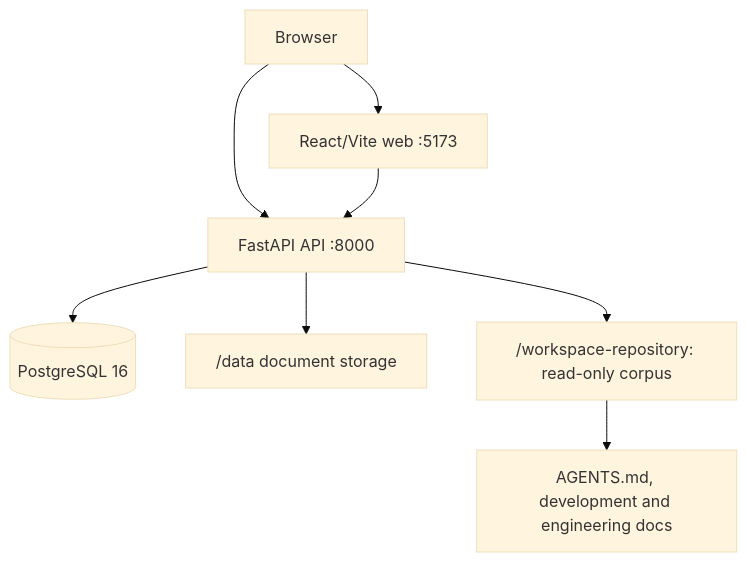
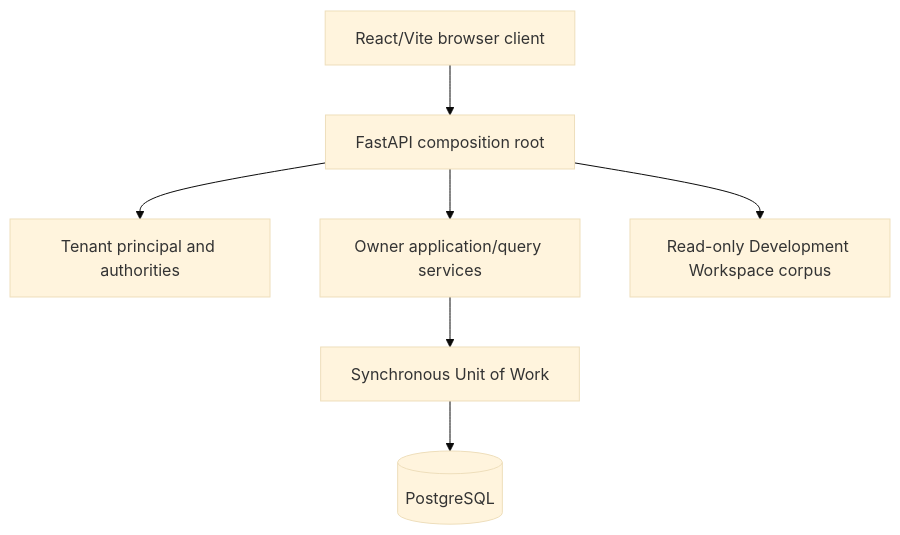
The second of 3 diagrams in docs/architecture/YARVIS_AS_IS_ARCHITECTURE.md (guillermomdehoyoso-stack/CTO-Office-Yarvis), drawn with Mermaid (base theme) before and after one commit. The commit also changed other lines of this file and 11 other files, not shown here.

Commit message:
OE-001: define operational execution architecture

````diff
--- a/docs/architecture/YARVIS_AS_IS_ARCHITECTURE.md
+++ b/docs/architecture/YARVIS_AS_IS_ARCHITECTURE.md
@@ -25,10 +28,9 @@
 ```mermaid
 flowchart TB
-    Browser["Browser"] --> Web["React/Vite web :5173"]
-    Browser --> API["FastAPI API :8000"]
-    Web --> API
-    API --> DB[("PostgreSQL 16")]
-    API --> Data["/data document storage"]
-    API --> Corpus["/workspace-repository: read-only corpus"]
-    Corpus --> Docs["AGENTS.md, development and engineering docs"]
+    Browser["React/Vite browser client"] --> API["FastAPI composition root"]
+    API --> Auth["Tenant principal and authorities"]
+    API --> Services["Owner application/query services"]
+    Services --> UoW["Synchronous Unit of Work"]
+    UoW --> DB[("PostgreSQL")]
+    API --> WorkspaceCorpus["Read-only Development Workspace corpus"]
 ```
````
